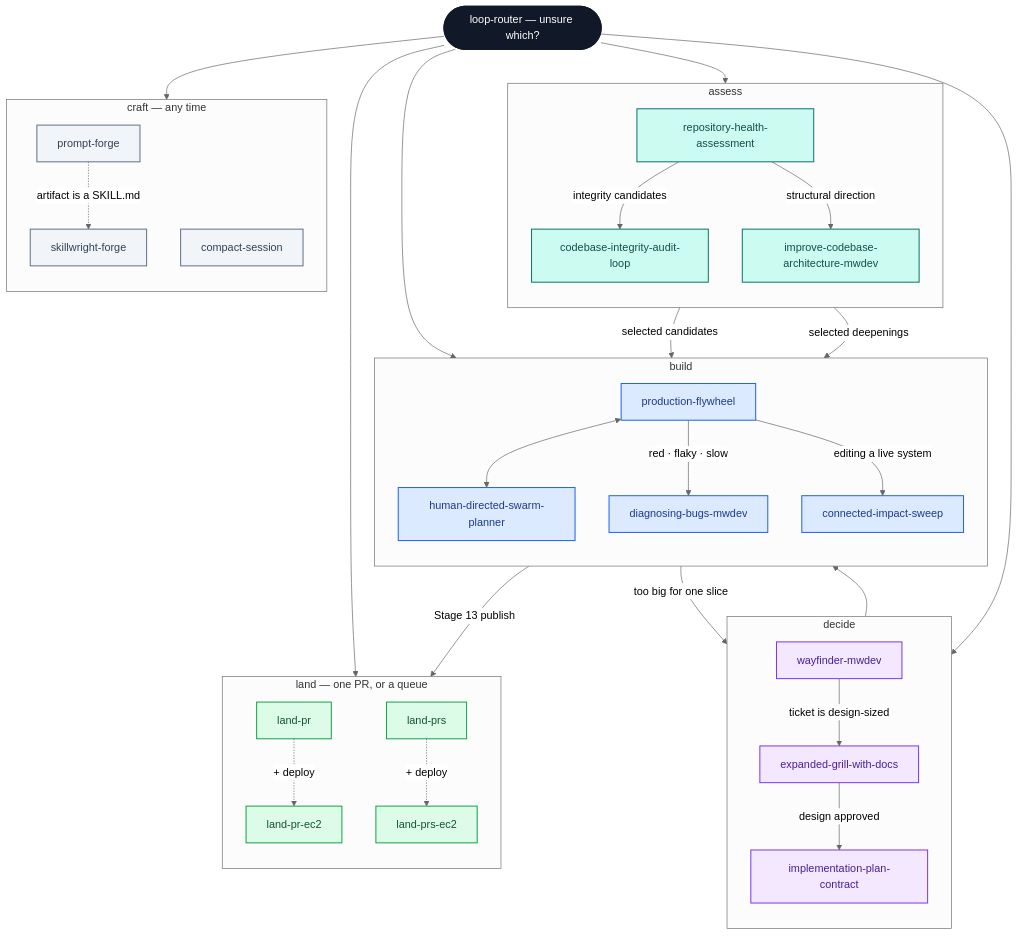
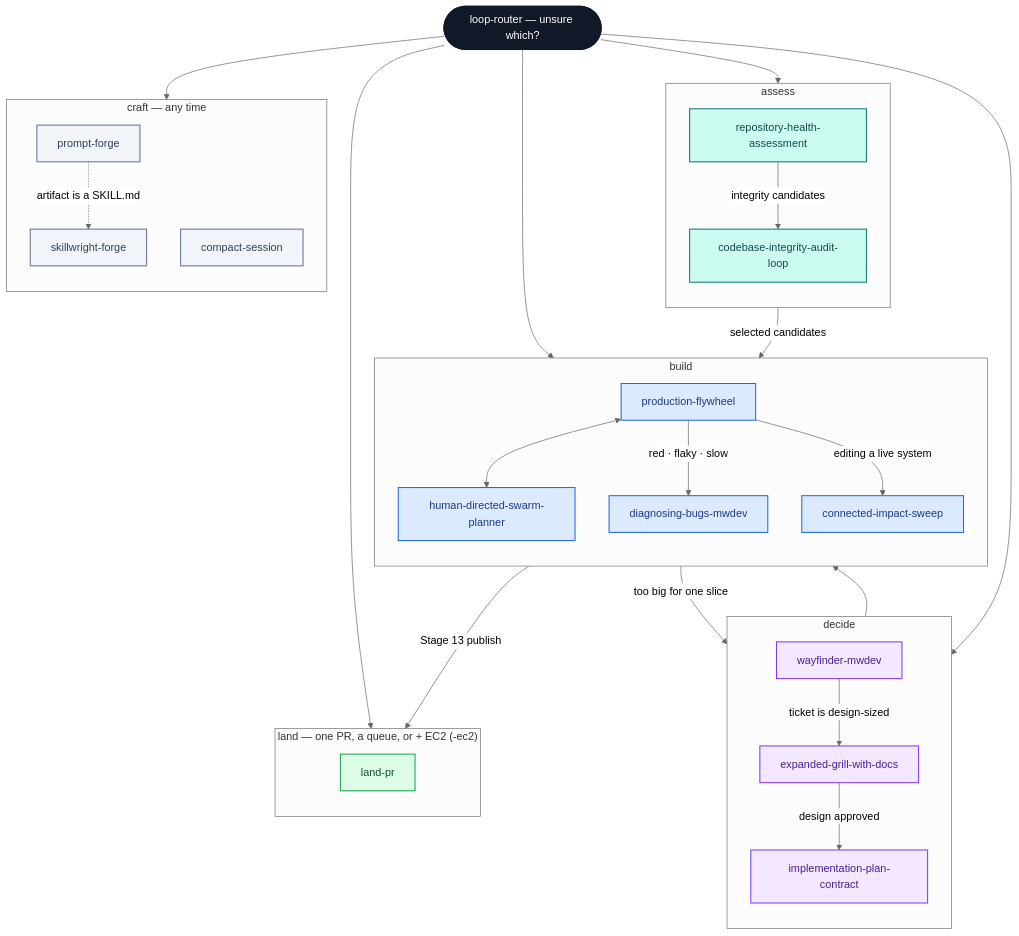
The diagram in README.md (markwuenschel-dev/markdev-skills), drawn with Mermaid (neutral theme) before and after one commit. The commit also changed other lines of this file and 16 other files, not shown here.

````diff
--- a/README.md
+++ b/README.md
@@ -49,76 +49,68 @@
 ```mermaid
 flowchart TD
     R(["loop-router — unsure which?"])
     R --> DECIDE
     R --> ASSESS
     R --> BUILD
     R --> LAND
     R --> CRAFT
 
     subgraph DECIDE["decide"]
         direction TB
         WF["wayfinder-mwdev"]
         EG["expanded-grill-with-docs"]
         IPC["implementation-plan-contract"]
         WF -->|"ticket is design-sized"| EG
         EG -->|"design approved"| IPC
     end
 
     subgraph ASSESS["assess"]
         direction TB
         RHA["repository-health-assessment"]
         CIAL["codebase-integrity-audit-loop"]
-        ICA["improve-codebase-architecture-mwdev"]
         RHA -->|"integrity candidates"| CIAL
-        RHA -->|"structural direction"| ICA
     end
 
     subgraph BUILD["build"]
         direction TB
         PF["production-flywheel"]
         HDSP["human-directed-swarm-planner"]
         DBM["diagnosing-bugs-mwdev"]
         CIS["connected-impact-sweep"]
         PF <--> HDSP
         PF -->|"red · flaky · slow"| DBM
         PF -->|"editing a live system"| CIS
     end
 
-    subgraph LAND["land — one PR, or a queue"]
+    subgraph LAND["land — one PR, a queue, or + EC2 (-ec2)"]
         direction TB
         LP["land-pr"]
-        LPS["land-prs"]
-        LPE["land-pr-ec2"]
-        LPSE["land-prs-ec2"]
-        LP -.->|"+ deploy"| LPE
-        LPS -.->|"+ deploy"| LPSE
     end
 
     subgraph CRAFT["craft — any time"]
         direction TB
         PFG["prompt-forge"]
         SWF["skillwright-forge"]
         CS["compact-session"]
         PFG -.->|"artifact is a SKILL.md"| SWF
     end
 
     IPC --> PF
     CIAL -->|"selected candidates"| PF
-    ICA -->|"selected deepenings"| PF
     PF -->|"too big for one slice"| WF
     PF -->|"Stage 13 publish"| LP
 
     classDef router fill:#111827,stroke:#111827,color:#ffffff,stroke-width:2px
     classDef decide fill:#f3e8ff,stroke:#7c3aed,color:#4c1d95,stroke-width:1.5px
     classDef assess fill:#ccfbf1,stroke:#0f766e,color:#134e4a,stroke-width:1.5px
     classDef build fill:#dbeafe,stroke:#2563eb,color:#1e3a8a,stroke-width:1.5px
     classDef land fill:#dcfce7,stroke:#16a34a,color:#14532d,stroke-width:1.5px
     classDef craft fill:#f1f5f9,stroke:#64748b,color:#334155,stroke-width:1.5px
 
     class R router
     class WF,EG,IPC decide
-    class RHA,CIAL,ICA assess
+    class RHA,CIAL assess
     class PF,HDSP,DBM,CIS build
-    class LP,LPS,LPE,LPSE land
+    class LP land
     class PFG,SWF,CS craft
 ```
````
